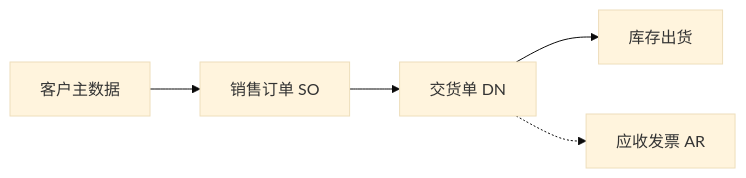
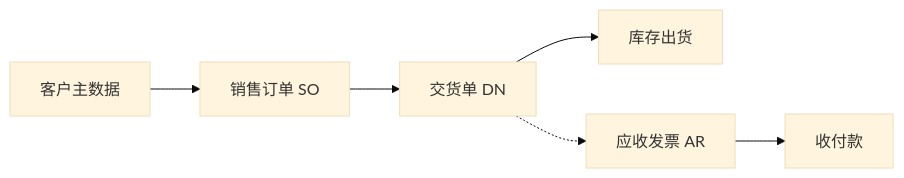
One commit to Micron818/lychee-doc changed the diagram in user_training/zh/00-overview/02-order-to-cash.md. Above: the diagram before and after it, drawn with Mermaid (base theme). The commit also changed other lines of this file and 47 other files, not shown here.

````diff
--- a/user_training/zh/00-overview/02-order-to-cash.md
+++ b/user_training/zh/00-overview/02-order-to-cash.md
@@ -12,11 +12,12 @@
 ```mermaid
 flowchart LR
   C[客户主数据]
   SO[销售订单 SO]
   DN[交货单 DN]
   STK[库存出货]
   AR[应收发票 AR]
+  PAY[收付款]
 
   C --> SO --> DN --> STK
-  DN -.-> AR
+  DN -.-> AR --> PAY
 ```
````
